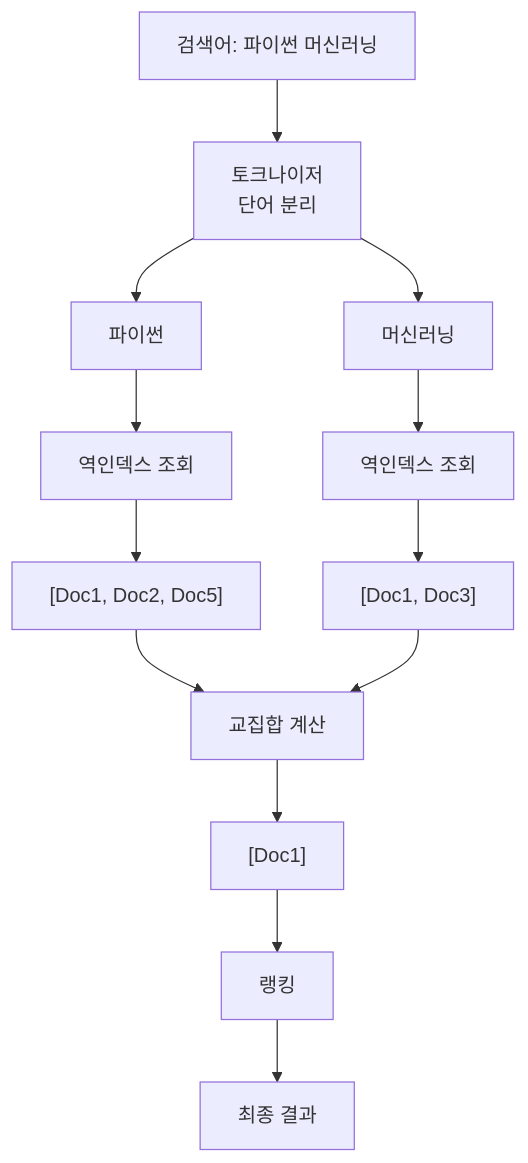
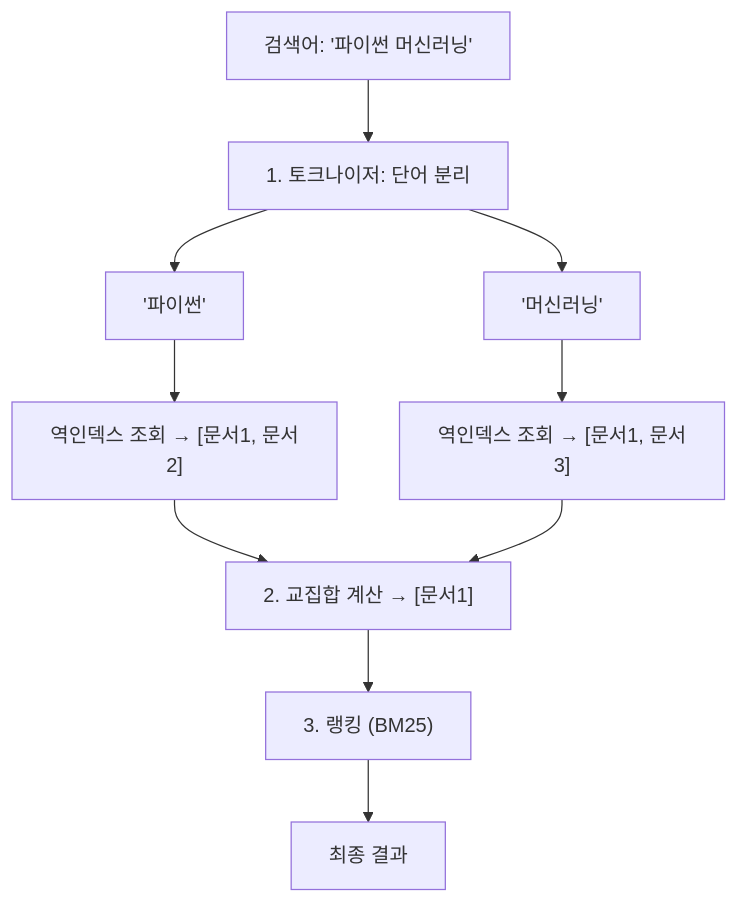
Before and after one commit to yjkim2015/yjkim2015.github.io: the first of 5 diagrams in _posts/systemdesign/2026-05-02-system-design-search.md, drawn with Mermaid. The commit also changed other lines of this file and 122 other files, not shown here.

````diff
--- a/_posts/systemdesign/2026-05-02-system-design-search.md
+++ b/_posts/systemdesign/2026-05-02-system-design-search.md
@@ -67,20 +28,12 @@
 ```mermaid
 graph TD
-    Query["검색어: 파이썬 머신러닝"]
-    Query --> Tokenize["토크나이저<br>단어 분리"]
-    Tokenize --> T1["파이썬"]
-    Tokenize --> T2["머신러닝"]
-
-    T1 --> Index1["역인덱스 조회"]
-    T2 --> Index2["역인덱스 조회"]
-
-    Index1 --> DocList1["[Doc1, Doc2, Doc5]"]
-    Index2 --> DocList2["[Doc1, Doc3]"]
-
-    DocList1 --> Intersect["교집합 계산"]
-    DocList2 --> Intersect
-
-    Intersect --> Result["[Doc1]"]
-    Result --> Rank["랭킹"]
-    Rank --> Final["최종 결과"]
+    Query["검색어: '파이썬 머신러닝'"] --> Tokenize["1. 토크나이저: 단어 분리"]
+    Tokenize --> T1["'파이썬'"]
+    Tokenize --> T2["'머신러닝'"]
+    T1 --> Idx1["역인덱스 조회 → [문서1, 문서2]"]
+    T2 --> Idx2["역인덱스 조회 → [문서1, 문서3]"]
+    Idx1 --> Inter["2. 교집합 계산 → [문서1]"]
+    Idx2 --> Inter
+    Inter --> Rank["3. 랭킹 (BM25)"]
+    Rank --> Result["최종 결과"]
 ```
````
